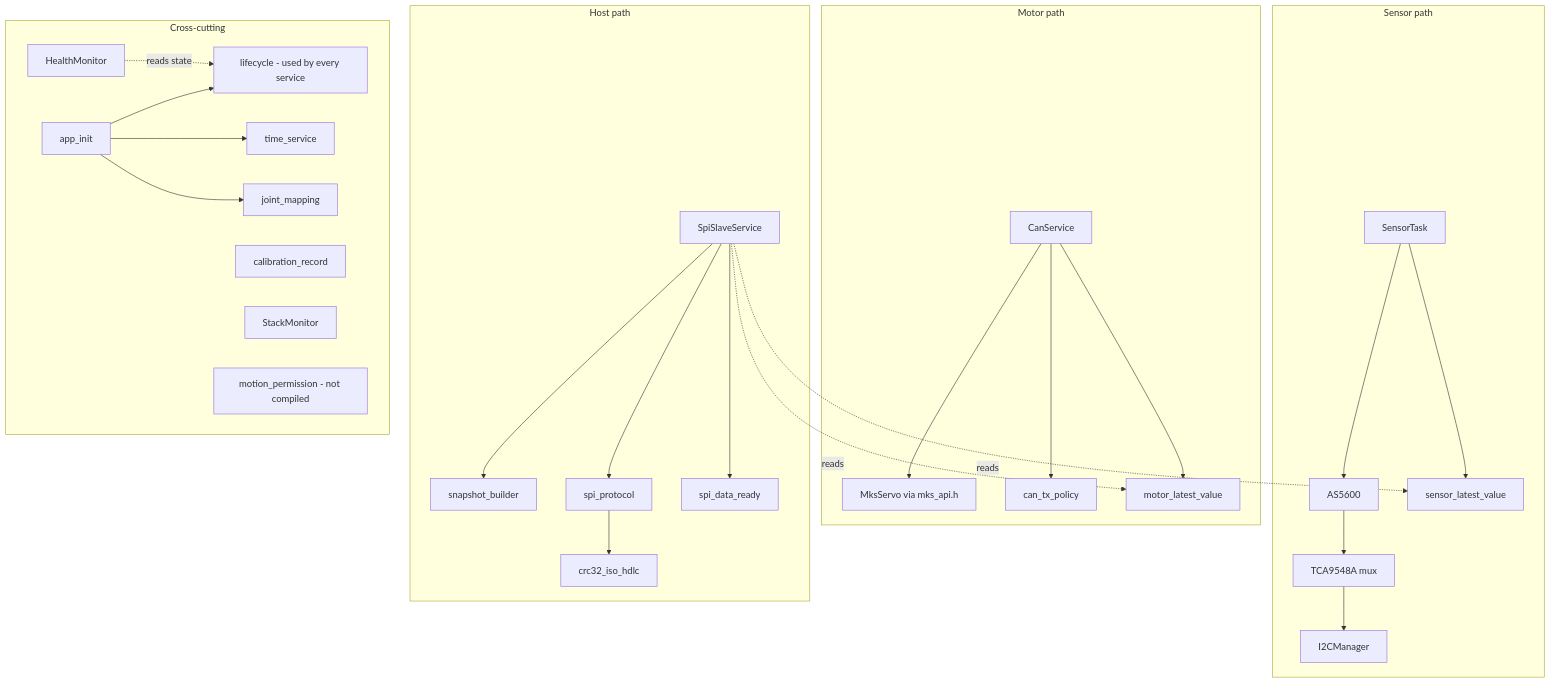
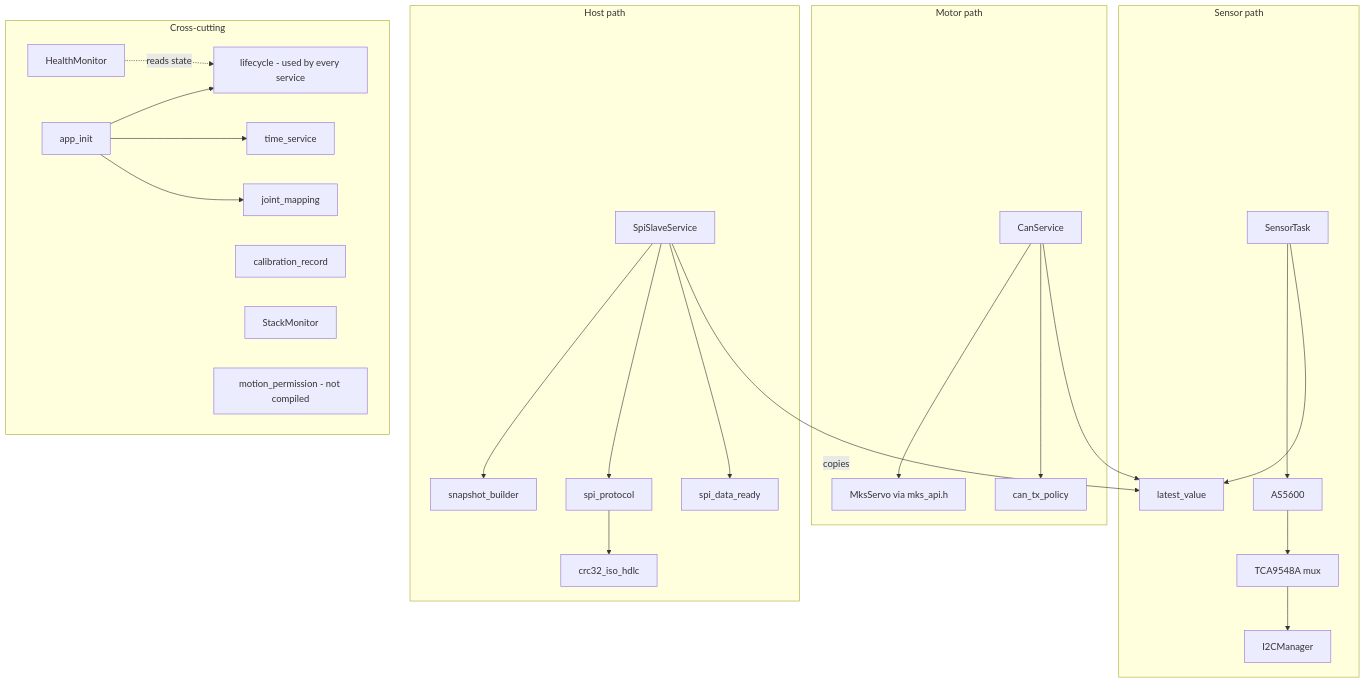
The first of 3 diagrams in Arm_Sensor_Hub/Documentation/FIRMWARE_ARCHITECTURE.md (LentonNeale/Karetao), drawn with Mermaid before and after one commit. The commit also changed other lines of this file and 35 other files, not shown here.

First line of the commit message:
Add the latest-value store that owns ageing and the coherent snapshot copy (#80)

````diff
--- a/Arm_Sensor_Hub/Documentation/FIRMWARE_ARCHITECTURE.md
+++ b/Arm_Sensor_Hub/Documentation/FIRMWARE_ARCHITECTURE.md
@@ -22,28 +22,27 @@
 ```mermaid
 flowchart TB
   subgraph SENS["Sensor path"]
     ST["SensorTask"] --> AS["AS5600"] --> MUX["TCA9548A mux"] --> I2CM["I2CManager"]
-    ST --> SLV["sensor_latest_value"]
+    ST --> LV["latest_value"]
   end
   subgraph MOT["Motor path"]
     CS["CanService"] --> MKS["MksServo via mks_api.h"]
     CS --> TXP["can_tx_policy"]
-    CS --> MLV["motor_latest_value"]
+    CS --> LV
   end
   subgraph HOST["Host path"]
     SS["SpiSlaveService"] --> SB["snapshot_builder"]
     SS --> SP["spi_protocol"] --> CRC["crc32_iso_hdlc"]
     SS --> DR["spi_data_ready"]
-    SS -. reads .-> SLV
-    SS -. reads .-> MLV
+    SS -- copies --> LV
   end
   subgraph CROSS["Cross-cutting"]
     AI["app_init"] --> LC["lifecycle - used by every service"]
     AI --> TS["time_service"]
     AI --> JM["joint_mapping"]
     CAL["calibration_record"]
     SM["StackMonitor"]
     HM["HealthMonitor"] -. reads state .-> LC
     MP["motion_permission - not compiled"]
   end
 ```
````
